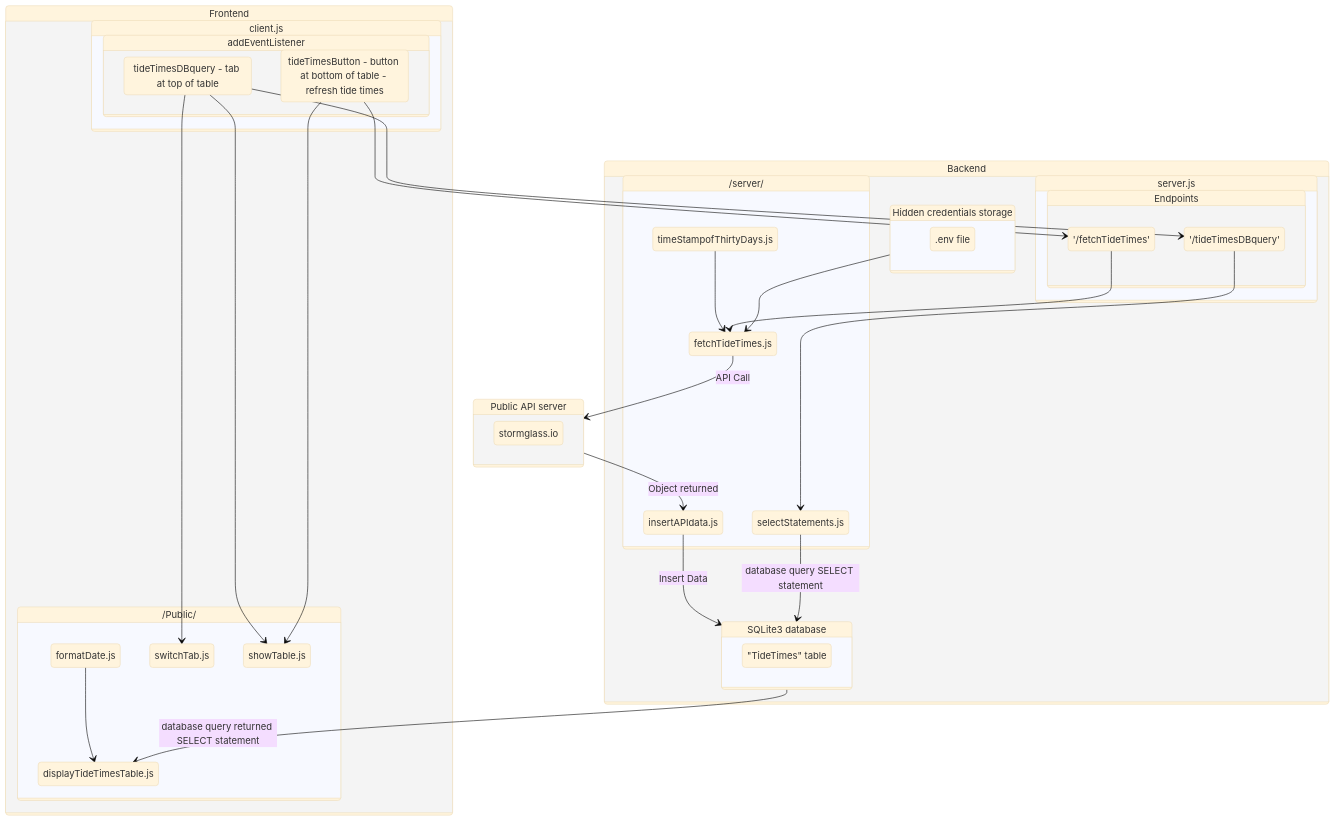
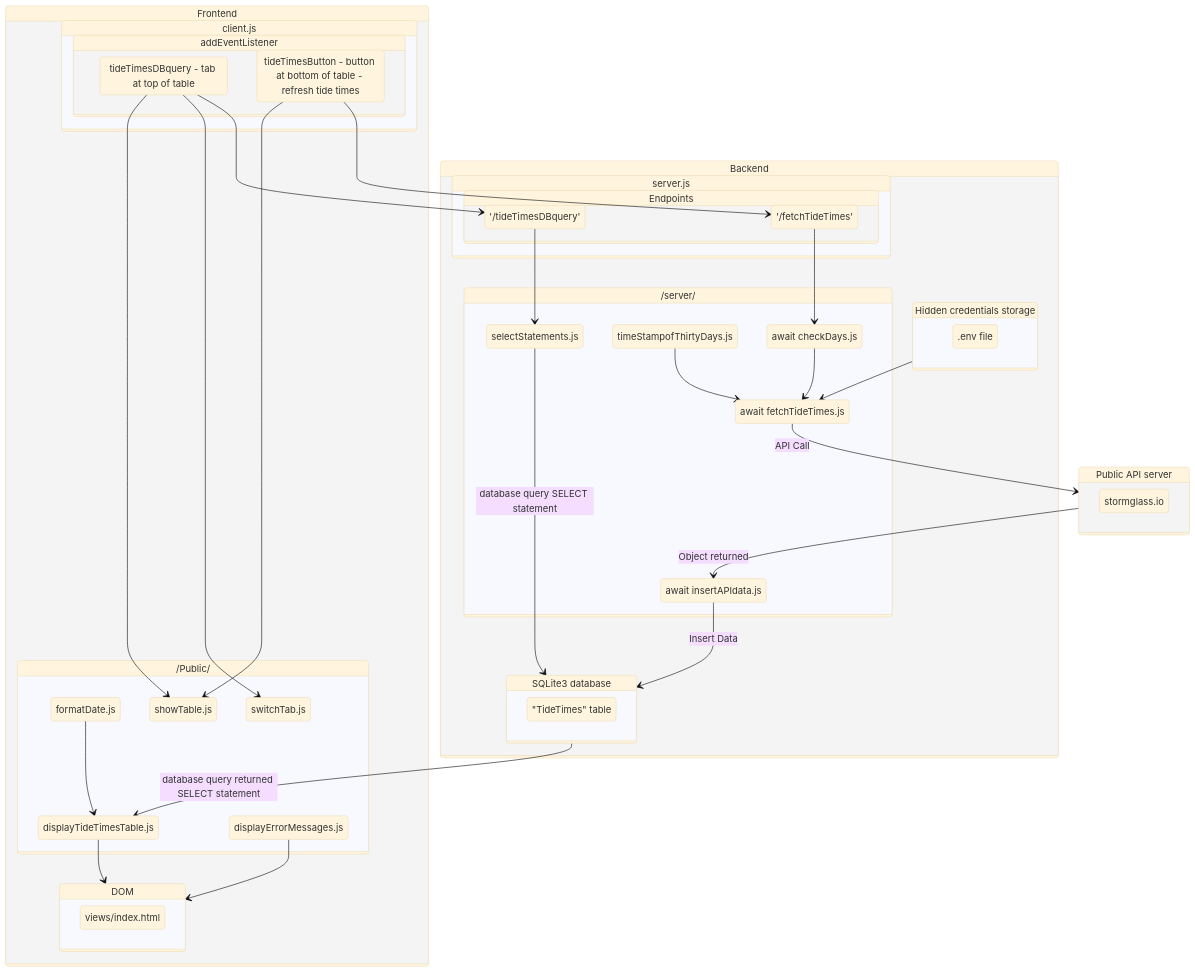
The diagram in README.md (sifr01/glitch-dreams-simple-node-sqlite-00), drawn with Mermaid (base theme) before and after one commit.

Commit message:
update mermaid diagram

````diff
--- a/README.md
+++ b/README.md
@@ -8,6 +8,9 @@
     %%client.js --> Endpoints
 
     state Frontend {
+        state DOM {
+            views/index.html
+        }
         state client.js {
             state addEventListener {
             eventListenerA
@@ -19,6 +22,7 @@
             displayTideTimesTable.js
             switchTab.js
             showTable.js
+            displayErrorMessages.js
         }
     }
     
@@ -28,6 +32,7 @@
                 selectStatements.js
                 fetchTideTimes.js
                 timeStampofThirtyDays.js
+                checkDays.js
             }
         state server.js {
             
@@ -58,7 +63,8 @@
     credentials_storage --> fetchTideTimes.js
     timeStampofThirtyDays.js --> fetchTideTimes.js ##this does not exist in weather data
 
-    '/fetchTideTimes' --> fetchTideTimes.js
+    '/fetchTideTimes' --> checkDays.js
+    checkDays.js --> fetchTideTimes.js
     fetchTideTimes.js --> Public_API: API Call
     Public_API --> insertAPIdata.js: Object returned
 
@@ -66,6 +72,8 @@
     selectStatements.js --> SQLite_DB: database query SELECT statement
     
     SQLite_DB --> displayTideTimesTable.js: database query returned SELECT statement
+    displayTideTimesTable.js --> DOM
+    displayErrorMessages.js --> DOM
 
     %% Aliases - allows for whitespace
     %%Handling_API_data: Handling API data
@@ -76,5 +84,8 @@
     eventListenerB: tideTimesButton - button at bottom of table - refresh tide times
     credentials_storage: Hidden credentials storage
     credentials: .env file
+    checkDays.js: await checkDays.js
+    fetchTideTimes.js: await fetchTideTimes.js
+    insertAPIdata.js: await insertAPIdata.js
 
 ```
````
